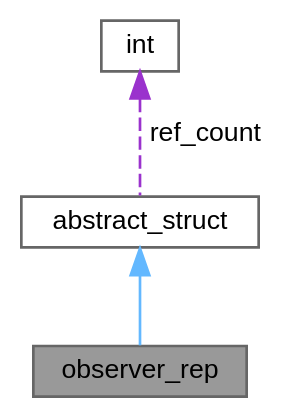
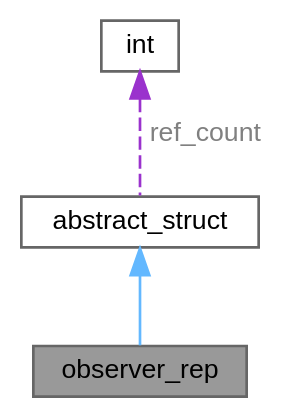
One commit to XmacsLabs/lolly changed the diagram in classobserver__rep__coll__graph.dot. Above: the diagram before and after it, drawn with Graphviz. The commit also changed 1313 other files, not shown here.

```diff
--- a/classobserver__rep__coll__graph.dot
+++ b/classobserver__rep__coll__graph.dot
@@ -1,12 +1,12 @@
 digraph "observer_rep"
 {
  // LATEX_PDF_SIZE
   bgcolor="transparent";
   edge [fontname=Helvetica,fontsize=10,labelfontname=Helvetica,labelfontsize=10];
   node [fontname=Helvetica,fontsize=10,shape=box,height=0.2,width=0.4];
-  Node1 [label="observer_rep",height=0.2,width=0.4,color="gray40", fillcolor="grey60", style="filled", fontcolor="black",tooltip=" "];
-  Node2 -> Node1 [dir="back",color="steelblue1",style="solid"];
-  Node2 [label="abstract_struct",height=0.2,width=0.4,color="gray40", fillcolor="white", style="filled",URL="$structabstract__struct.html",tooltip="Structure representing an abstract object with a reference count."];
-  Node3 -> Node2 [dir="back",color="darkorchid3",style="dashed",label=" ref_count" ];
-  Node3 [label="int",height=0.2,width=0.4,color="gray40", fillcolor="white", style="filled",tooltip=" "];
+  Node1 [id="Node000001",label="observer_rep",height=0.2,width=0.4,color="gray40", fillcolor="grey60", style="filled", fontcolor="black",tooltip=" "];
+  Node2 -> Node1 [id="edge1_Node000001_Node000002",dir="back",color="steelblue1",style="solid",tooltip=" "];
+  Node2 [id="Node000002",label="abstract_struct",height=0.2,width=0.4,color="gray40", fillcolor="white", style="filled",URL="$structabstract__struct.html",tooltip="Structure representing an abstract object with a reference count."];
+  Node3 -> Node2 [id="edge2_Node000002_Node000003",dir="back",color="darkorchid3",style="dashed",tooltip=" ",label=" ref_count",fontcolor="grey" ];
+  Node3 [id="Node000003",label="int",height=0.2,width=0.4,color="gray40", fillcolor="white", style="filled",tooltip=" "];
 }
```
